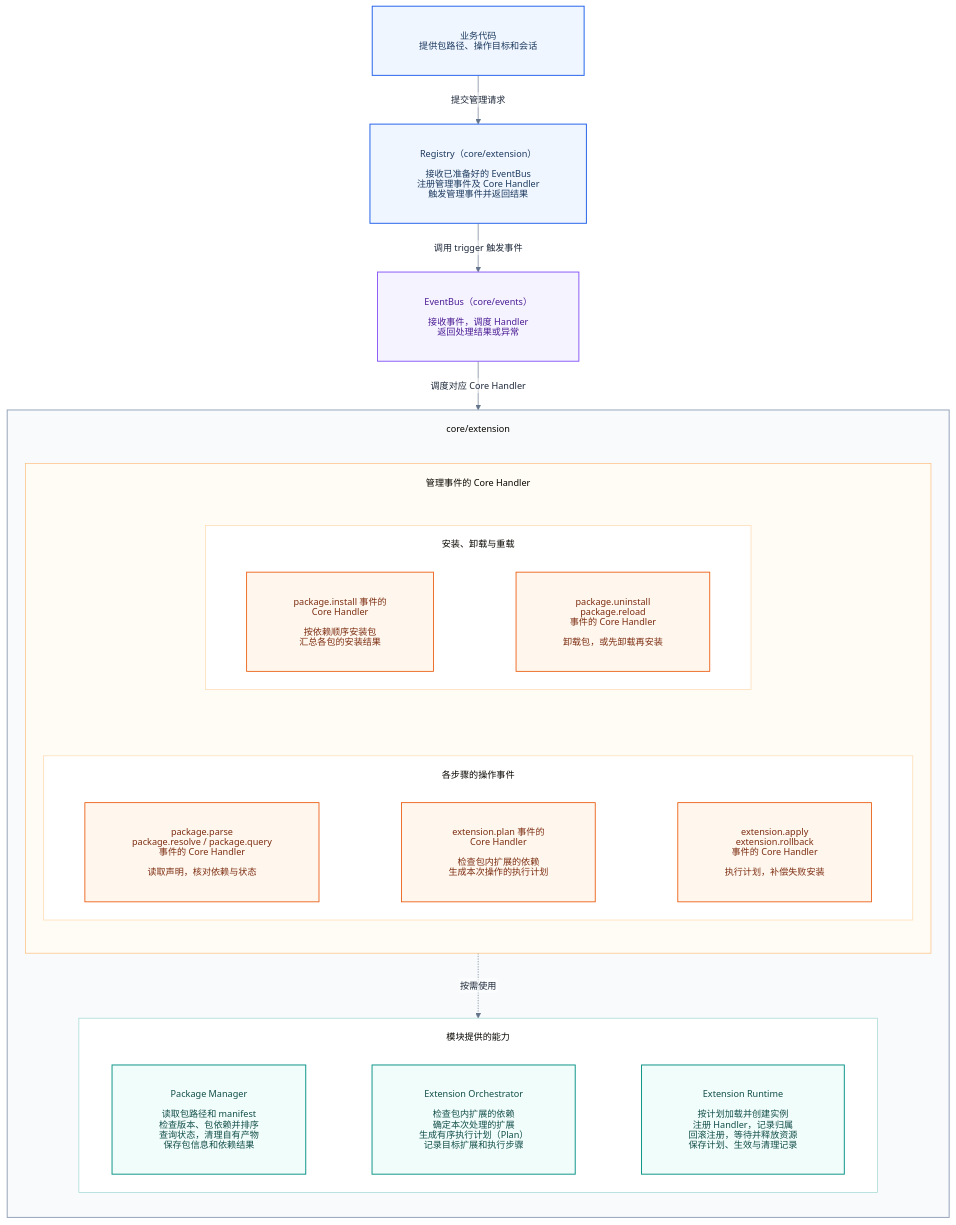
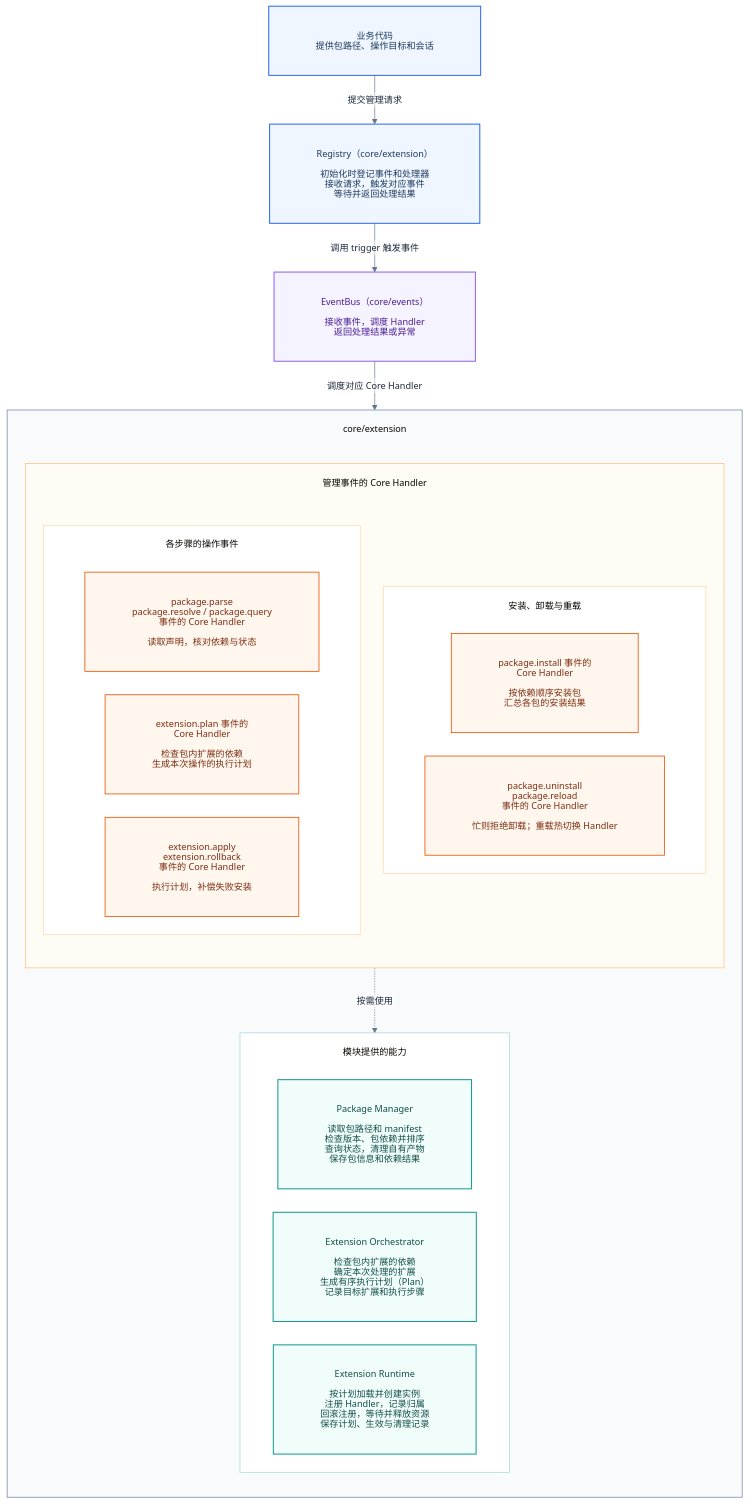
One commit to openJiuwen-ai/agent-core changed the first of 10 diagrams in openjiuwen/core/extension/docs/designs/extension-architecture.md. Above: the diagram before and after it, drawn with Mermaid. The commit also changed other lines of this file and 28 other files, not shown here.

First line of the commit message:
feat(extension): add package loading control plane

````diff
--- a/openjiuwen/core/extension/docs/designs/extension-architecture.md
+++ b/openjiuwen/core/extension/docs/designs/extension-architecture.md
@@ -140,54 +138,50 @@
 ```mermaid
 %%{init: {"theme": "base", "htmlLabels": false, "themeVariables": {"fontFamily": "Microsoft YaHei, PingFang SC, Arial, sans-serif", "fontSize": "14px", "lineColor": "#64748b", "primaryTextColor": "#1e293b", "edgeLabelBackground": "#ffffff", "clusterBkg": "#ffffff", "clusterBorder": "#cbd5e1"}, "themeCSS": ".node text, .nodeLabel, .cluster-label text, .edgeLabel text { font-size: 14px !important; }", "flowchart": {"curve": "linear", "nodeSpacing": 36, "rankSpacing": 52, "padding": 36, "wrappingWidth": 240, "subGraphTitleMargin": {"top": 20, "bottom": 24}, "htmlLabels": false}}}%%
 flowchart TB
     Caller["业务代码<br/>提供包路径、操作目标和会话"]:::entry
 
-    Registry["Registry（core/extension）<br/><br/>接收已准备好的 EventBus<br/>注册管理事件及 Core Handler<br/>触发管理事件并返回结果"]:::entry
+    Registry["Registry（core/extension）<br/><br/>初始化时登记事件和处理器<br/>接收请求，触发对应事件<br/>等待并返回处理结果"]:::entry
 
     subgraph Extension["core/extension"]
         direction TB
 
         subgraph Handlers["管理事件的 Core Handler"]
             direction TB
             subgraph Management["安装、卸载与重载"]
                 direction LR
                 IC["package.install 事件的<br/>Core Handler<br/><br/>按依赖顺序安装包<br/>汇总各包的安装结果"]:::handler
-                LC["package.uninstall<br/>package.reload<br/>事件的 Core Handler<br/><br/>卸载包，或先卸载再安装"]:::handler
-                IC ~~~ LC
+                LC["package.uninstall<br/>package.reload<br/>事件的 Core Handler<br/><br/>忙则拒绝卸载；重载热切换 Handler"]:::handler
             end
             subgraph Operations["各步骤的操作事件"]
                 direction LR
                 PC["package.parse<br/>package.resolve / package.query<br/>事件的 Core Handler<br/><br/>读取声明，核对依赖与状态"]:::handler
                 OC["extension.plan 事件的<br/>Core Handler<br/><br/>检查包内扩展的依赖<br/>生成本次操作的执行计划"]:::handler
                 RC["extension.apply<br/>extension.rollback<br/>事件的 Core Handler<br/><br/>执行计划，补偿失败安装"]:::handler
-                PC ~~~ OC ~~~ RC
             end
-            Management ~~~ Operations
         end
 
         subgraph Modules["模块提供的能力"]
             direction LR
             PM["Package Manager<br/><br/>读取包路径和 manifest<br/>检查版本、包依赖并排序<br/>查询状态，清理自有产物<br/>保存包信息和依赖结果"]:::module
-            O["Extension Orchestrator<br/><br/>检查包内扩展的依赖<br/>确定本次处理的扩展<br/>生成有序执行计划（Plan）<br/>记录目标扩展和执行步骤"]:::module
+            Orch["Extension Orchestrator<br/><br/>检查包内扩展的依赖<br/>确定本次处理的扩展<br/>生成有序执行计划（Plan）<br/>记录目标扩展和执行步骤"]:::module
             RT["Extension Runtime<br/><br/>按计划加载并创建实例<br/>注册 Handler，记录归属<br/>回滚注册，等待并释放资源<br/>保存计划、生效与清理记录"]:::module
-            PM ~~~ O ~~~ RT
         end
         Handlers -.->|按需使用| Modules
     end
 
     Events["EventBus（core/events）<br/><br/>接收事件，调度 Handler<br/>返回处理结果或异常"]:::events
 
     Caller -->|提交管理请求| Registry
     Registry -->|调用 trigger 触发事件| Events
     Events -->|调度对应 Core Handler| Handlers
 
     classDef entry fill:#eff6ff,stroke:#2563eb,color:#1e3a5f,stroke-width:1.5px,font-size:14px
     classDef events fill:#f5f3ff,stroke:#8b5cf6,color:#4c1d95,stroke-width:1.5px,font-size:14px
     classDef handler fill:#fff7ed,stroke:#ea580c,color:#7c2d12,stroke-width:1.3px,font-size:14px
     classDef module fill:#f0fdfa,stroke:#0d9488,color:#134e4a,stroke-width:1.5px,font-size:14px
     style Extension fill:#f8fafc,stroke:#94a3b8,stroke-width:1.5px
     style Handlers fill:#fffbf5,stroke:#fdba74,stroke-width:1px
     style Management fill:#ffffff,stroke:#fed7aa,stroke-width:1px
     style Operations fill:#ffffff,stroke:#fed7aa,stroke-width:1px
     style Modules fill:#ffffff,stroke:#99d5cf,stroke-width:1px
 ```
````
